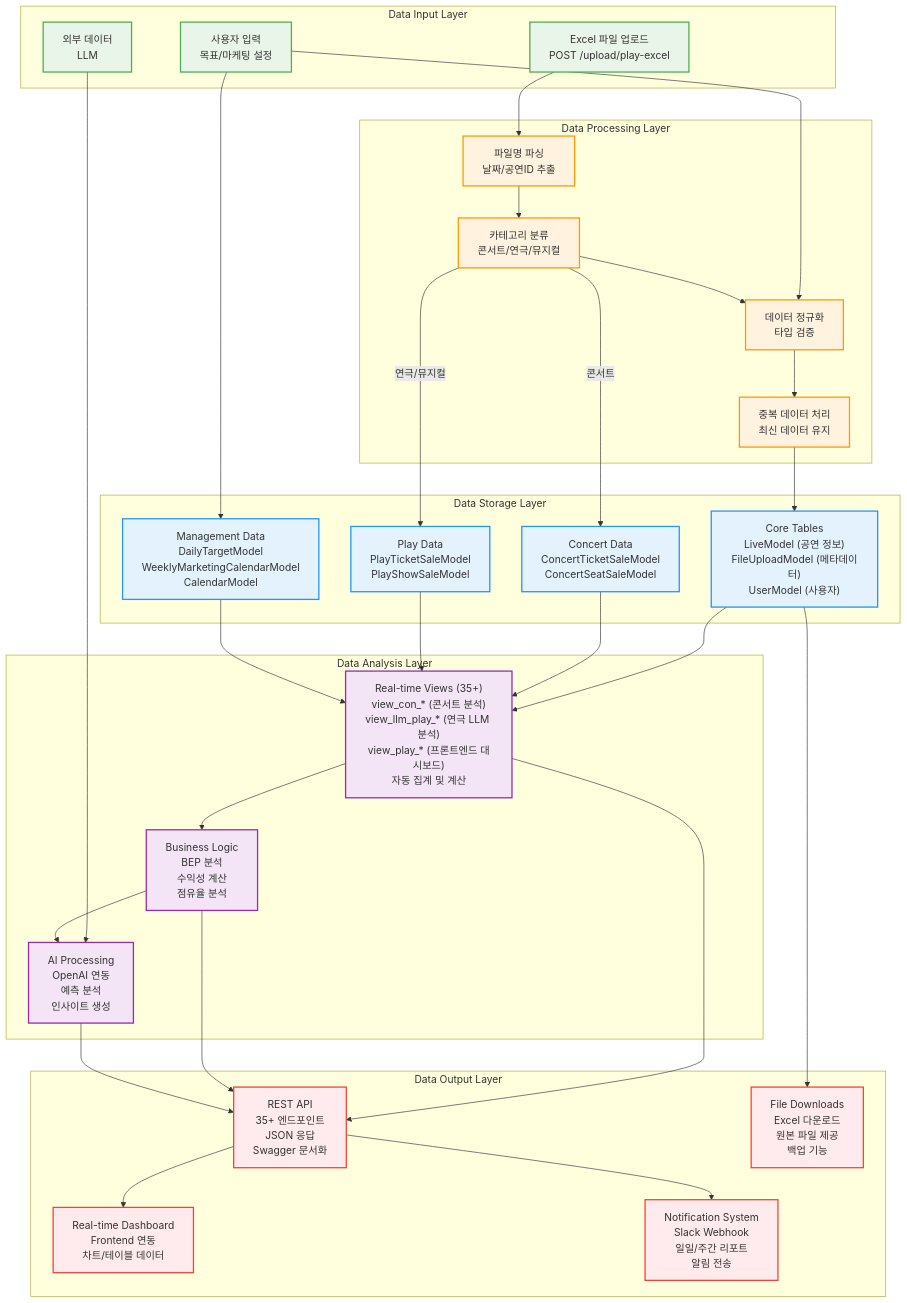
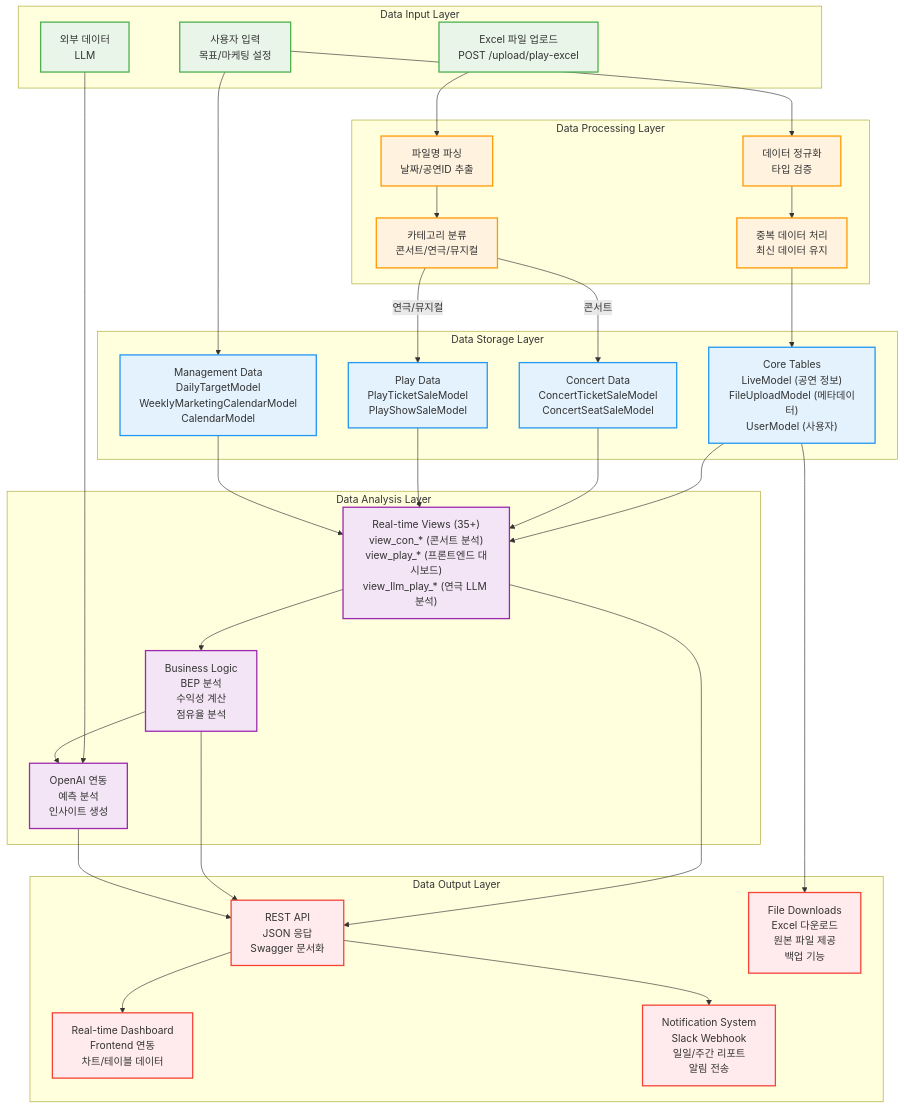
One commit to jwlee-ticket/library_company_data_analysis_server changed the third of 4 diagrams in README.md. Above: the diagram before and after it, drawn with Mermaid.

Commit message:
docs: README 업데이트

````diff
--- a/README.md
+++ b/README.md
@@ -318,78 +318,77 @@
 ```mermaid
 graph TD
     subgraph "Data Input Layer"
         A1["Excel 파일 업로드<br/>POST /upload/play-excel"]
         A2["사용자 입력<br/>목표/마케팅 설정"]
         A3["외부 데이터<br/>LLM"]
     end
     
     subgraph "Data Processing Layer"
         B1["파일명 파싱<br/>날짜/공연ID 추출"]
         B2["카테고리 분류<br/>콘서트/연극/뮤지컬"]
         B3["데이터 정규화<br/>타입 검증"]
         B4["중복 데이터 처리<br/>최신 데이터 유지"]
     end
     
     subgraph "Data Storage Layer"
         C1["Core Tables<br/>LiveModel (공연 정보)<br/>FileUploadModel (메타데이터)<br/>UserModel (사용자)"]
         C2["Concert Data<br/>ConcertTicketSaleModel<br/>ConcertSeatSaleModel"]
         C3["Play Data<br/>PlayTicketSaleModel<br/>PlayShowSaleModel"]
         C4["Management Data<br/>DailyTargetModel<br/>WeeklyMarketingCalendarModel<br/>CalendarModel"]
     end
     
     subgraph "Data Analysis Layer"
-        D1["Real-time Views (35+)<br/>view_con_* (콘서트 분석)<br/>view_llm_play_* (연극 LLM 분석)<br/>view_play_* (프론트엔드 대시보드)<br/>자동 집계 및 계산"]
+        D1["Real-time Views (35+)<br/>view_con_* (콘서트 분석)<br/>view_play_* (프론트엔드 대시보드)<br/>view_llm_play_* (연극 LLM 분석)"]
         D2["Business Logic<br/>BEP 분석<br/>수익성 계산<br/>점유율 분석"]
-        D3["AI Processing<br/>OpenAI 연동<br/>예측 분석<br/>인사이트 생성"]
+        D3["OpenAI 연동<br/>예측 분석<br/>인사이트 생성"]
     end
     
     subgraph "Data Output Layer"
-        E1["REST API<br/>35+ 엔드포인트<br/>JSON 응답<br/>Swagger 문서화"]
+        E1["REST API<br/>JSON 응답<br/>Swagger 문서화"]
         E2["Real-time Dashboard<br/>Frontend 연동<br/>차트/테이블 데이터"]
         E3["Notification System<br/>Slack Webhook<br/>일일/주간 리포트<br/>알림 전송"]
         E4["File Downloads<br/>Excel 다운로드<br/>원본 파일 제공<br/>백업 기능"]
     end
     
     %% Data Flow
     A1 --> B1
     A2 --> B3
     A3 --> D3
     
     B1 --> B2
-    B2 --> B3
     B3 --> B4
     
     B4 --> C1
     B2 -->|콘서트| C2
     B2 -->|연극/뮤지컬| C3
     A2 --> C4
     
     C1 --> D1
     C2 --> D1
     C3 --> D1
     C4 --> D1
     
     D1 --> D2
     D2 --> D3
     
     D1 --> E1
     D2 --> E1
     D3 --> E1
     
     E1 --> E2
     E1 --> E3
     C1 --> E4
     
     %% Styling
     classDef input fill:#e8f5e8,stroke:#4caf50,stroke-width:2px
     classDef process fill:#fff3e0,stroke:#ff9800,stroke-width:2px
     classDef storage fill:#e3f2fd,stroke:#2196f3,stroke-width:2px
     classDef analysis fill:#f3e5f5,stroke:#9c27b0,stroke-width:2px
     classDef output fill:#ffebee,stroke:#f44336,stroke-width:2px
     
     class A1,A2,A3 input
     class B1,B2,B3,B4 process
     class C1,C2,C3,C4 storage
     class D1,D2,D3 analysis
     class E1,E2,E3,E4 output
 ```
````
